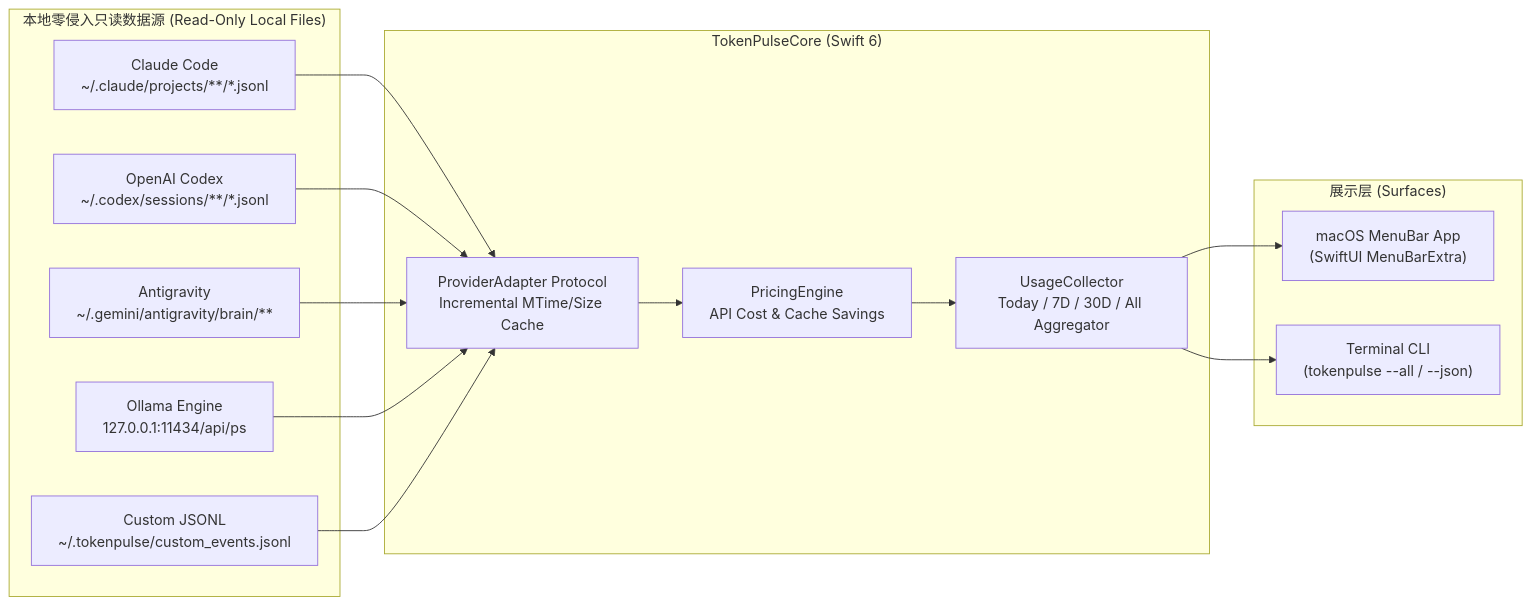
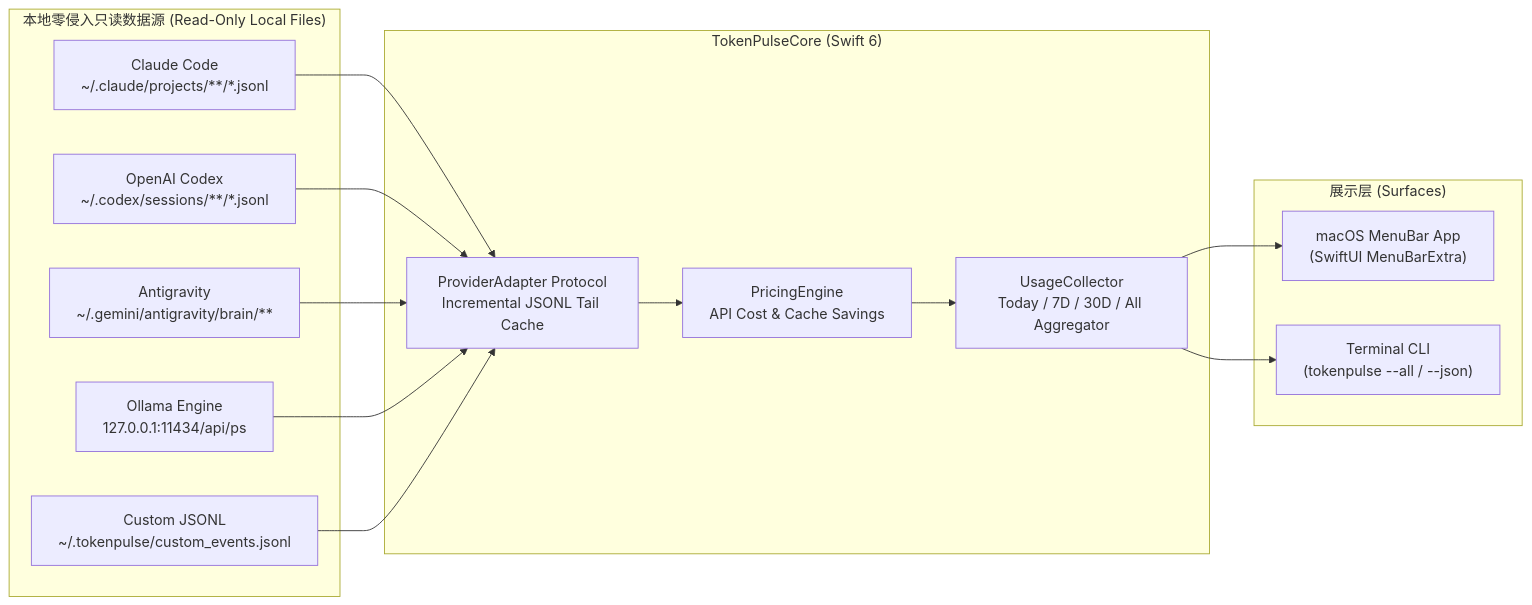
The diagram in README.md (leeeway/TokenPulse), drawn with Mermaid before and after one commit. The commit also changed other lines of this file and 12 other files, not shown here.

````diff
--- a/README.md
+++ b/README.md
@@ -79,25 +84,25 @@
 ```mermaid
 flowchart LR
     subgraph LocalLogs["本地零侵入只读数据源 (Read-Only Local Files)"]
         CC["Claude Code\n~/.claude/projects/**/*.jsonl"]
         CX["OpenAI Codex\n~/.codex/sessions/**/*.jsonl"]
         AG["Antigravity\n~/.gemini/antigravity/brain/**"]
         OL["Ollama Engine\n127.0.0.1:11434/api/ps"]
         CF["Custom JSONL\n~/.tokenpulse/custom_events.jsonl"]
     end
 
     subgraph Core["TokenPulseCore (Swift 6)"]
-        AD["ProviderAdapter Protocol\nIncremental MTime/Size Cache"]
+        AD["ProviderAdapter Protocol\nIncremental JSONL Tail Cache"]
         PE["PricingEngine\nAPI Cost & Cache Savings"]
         UC["UsageCollector\nToday / 7D / 30D / All Aggregator"]
     end
 
     subgraph Surfaces["展示层 (Surfaces)"]
         MB["macOS MenuBar App\n(SwiftUI MenuBarExtra)"]
         CLI["Terminal CLI\n(tokenpulse --all / --json)"]
     end
 
     CC & CX & AG & OL & CF --> AD
     AD --> PE --> UC
     UC --> MB & CLI
 ```
````
